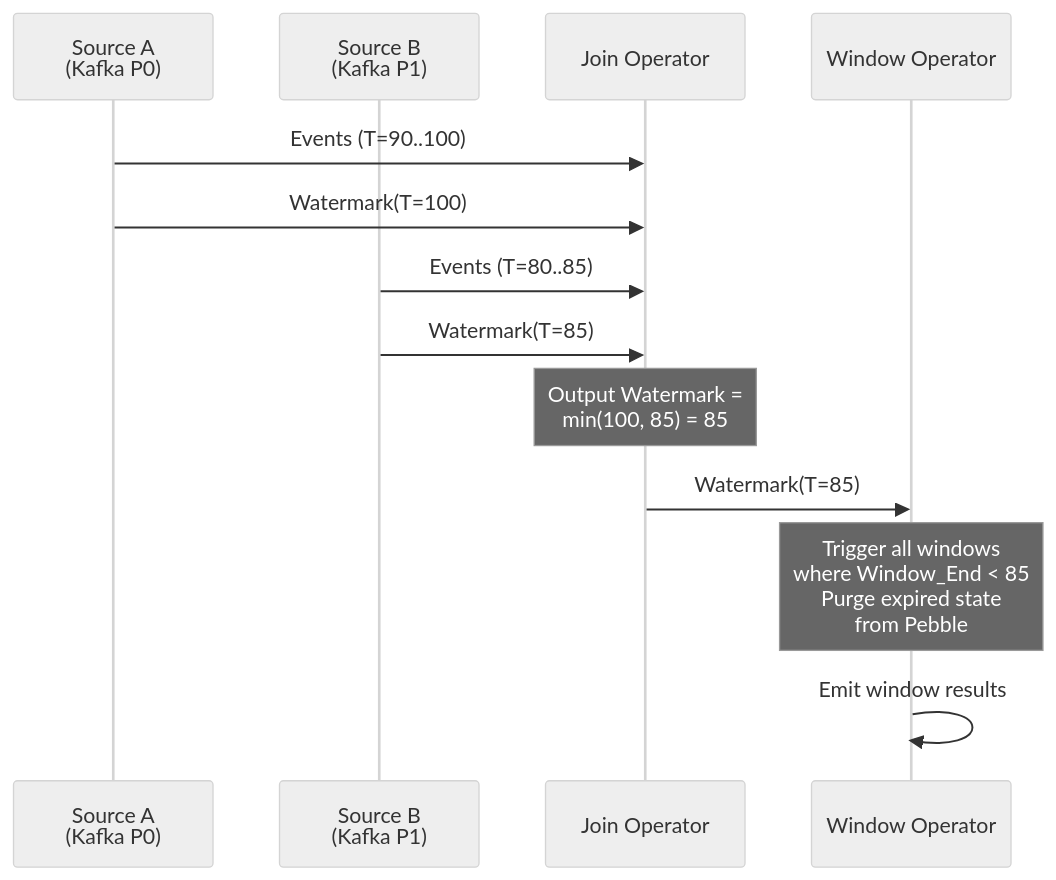
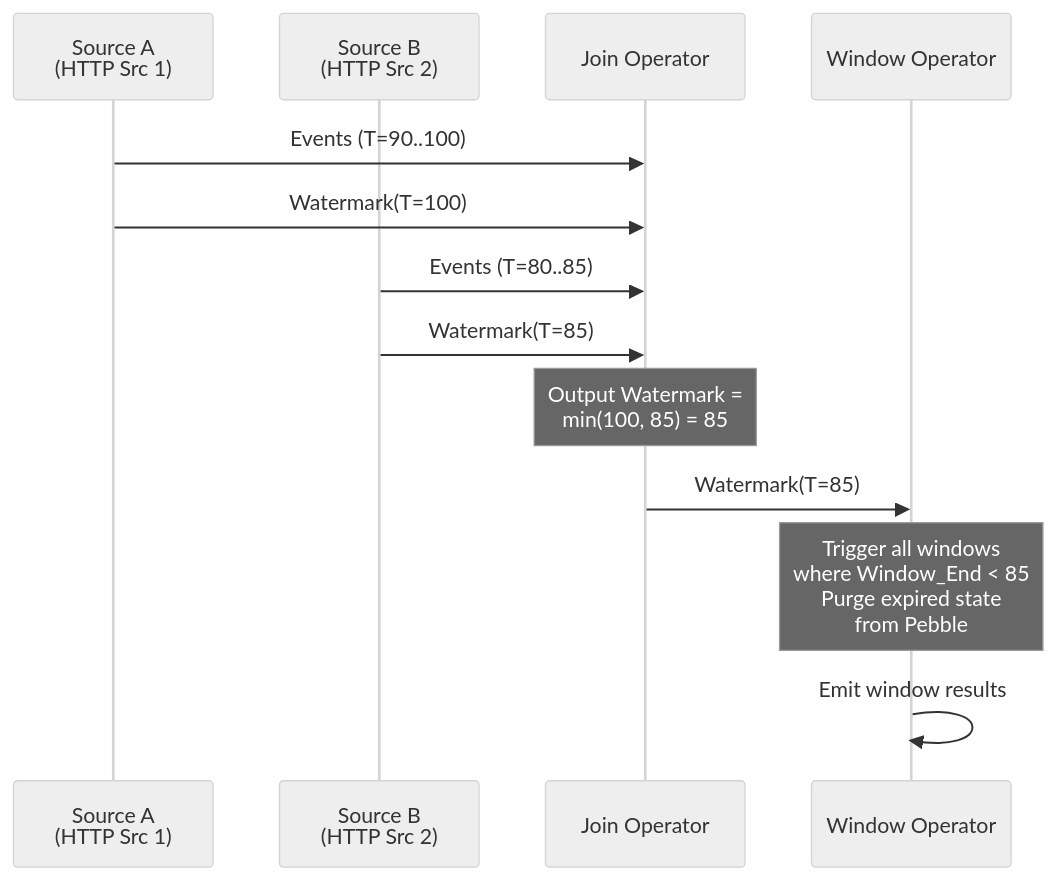
The eighth of 12 diagrams in docs/diagrams.md (tarungka/wire), drawn with Mermaid (neutral theme) before and after one commit. The commit also changed other lines of this file and 6 other files, not shown here.

````diff
--- a/docs/diagrams.md
+++ b/docs/diagrams.md
@@ -249,20 +249,20 @@
 ```mermaid
 sequenceDiagram
-    participant SA as Source A<br/>(Kafka P0)
-    participant SB as Source B<br/>(Kafka P1)
+    participant SA as Source A<br/>(HTTP Src 1)
+    participant SB as Source B<br/>(HTTP Src 2)
     participant J as Join Operator
     participant W as Window Operator
 
     SA->>J: Events (T=90..100)
     SA->>J: Watermark(T=100)
     SB->>J: Events (T=80..85)
     SB->>J: Watermark(T=85)
 
     Note over J: Output Watermark =<br/>min(100, 85) = 85
 
     J->>W: Watermark(T=85)
 
     Note over W: Trigger all windows<br/>where Window_End < 85<br/>Purge expired state<br/>from Pebble
 
     W->>W: Emit window results
 ```
````
